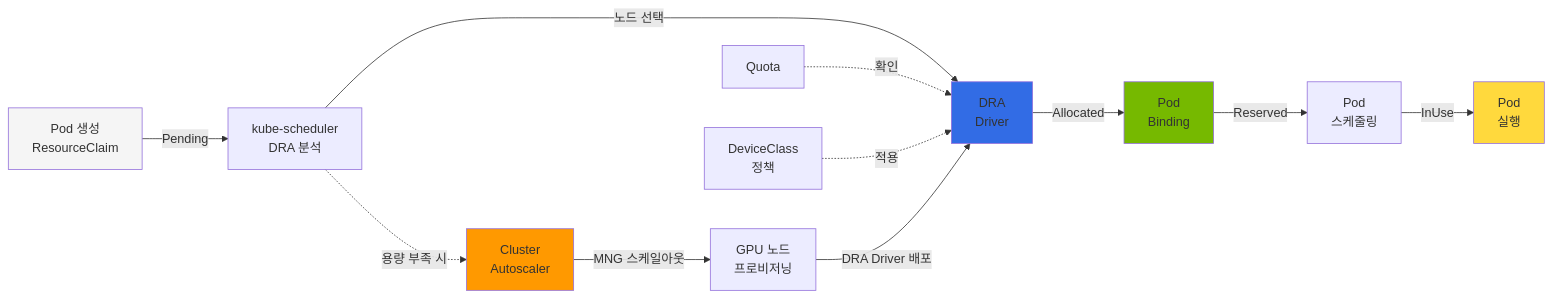
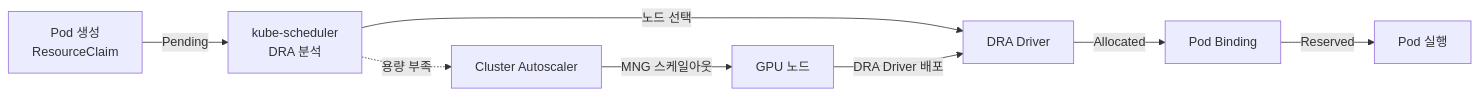
One commit to devfloor9/engineering-playbook changed the first of 3 diagrams in docs/agentic-ai-platform/model-serving/gpu-resource-management.md. Above: the diagram before and after it, drawn with Mermaid. The commit also changed other lines of this file and 5 other files, not shown here.

````diff
--- a/docs/agentic-ai-platform/model-serving/gpu-resource-management.md
+++ b/docs/agentic-ai-platform/model-serving/gpu-resource-management.md
@@ -405,21 +201,11 @@
 ```mermaid
 flowchart LR
     A[Pod 생성<br/>ResourceClaim] -->|Pending| B[kube-scheduler<br/>DRA 분석]
-    B -->|노드 선택| D[DRA<br/>Driver]
-    D -->|Allocated| E[Pod<br/>Binding]
-    E -->|Reserved| F[Pod<br/>스케줄링]
-    F -->|InUse| G[Pod<br/>실행]
+    B -->|노드 선택| D[DRA Driver]
+    D -->|Allocated| E[Pod Binding]
+    E -->|Reserved| F[Pod 실행]
 
-    H[Quota] -.->|확인| D
-    I[DeviceClass<br/>정책] -.->|적용| D
-
-    B -.->|용량 부족 시| CA[Cluster<br/>Autoscaler]
-    CA -->|MNG 스케일아웃| N[GPU 노드<br/>프로비저닝]
+    B -.->|용량 부족| CA[Cluster Autoscaler]
+    CA -->|MNG 스케일아웃| N[GPU 노드]
     N -->|DRA Driver 배포| D
-
-    style A fill:#f5f5f5
-    style D fill:#326ce5
-    style E fill:#76b900
-    style G fill:#ffd93d
-    style CA fill:#ff9900
 ```
````
